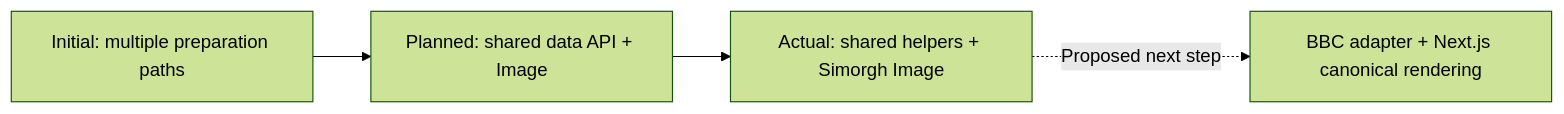
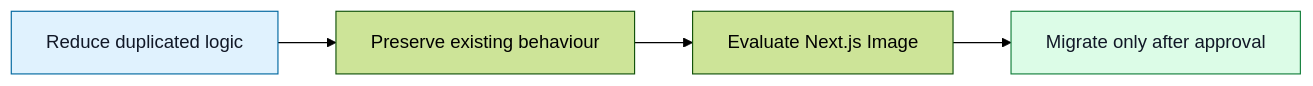
The first of 9 diagrams in ws-nextjs-app/Image-Platform-Presentation.md (bbc/simorgh), drawn with Mermaid (forest theme) before and after one commit. The commit also changed other lines of this file, not shown here.

````diff
--- a/ws-nextjs-app/Image-Platform-Presentation.md
+++ b/ws-nextjs-app/Image-Platform-Presentation.md
@@ -30,6 +9,8 @@
 ```mermaid
 flowchart LR
-    A["Initial: multiple preparation paths"] --> B["Planned: shared data API + Image"]
-    B --> C["Actual: shared helpers + Simorgh Image"]
-    C -. "Proposed next step" .-> D["BBC adapter + Next.js canonical rendering"]
+    A["Reduce duplicated logic"] --> B["Preserve existing behaviour"]
+    B --> C["Evaluate Next.js Image"]
+    C --> D["Migrate only after approval"]
+    style A fill:#e0f2fe,stroke:#0369a1,color:#111827
+    style D fill:#dcfce7,stroke:#15803d,color:#111827
 ```
````
